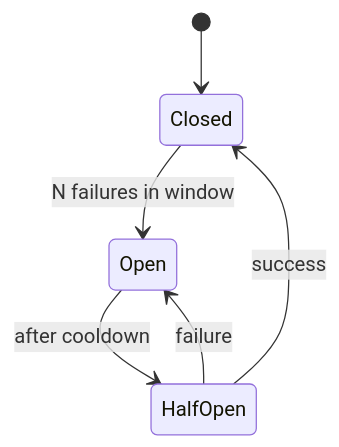
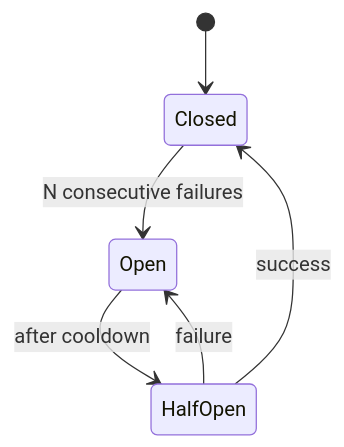
The third of 4 diagrams in docs/architecture/15-resilience.md (lookatitude/beluga-ai), drawn with Mermaid before and after one commit. The commit also changed other lines of this file and 109 other files, not shown here.

````diff
--- a/docs/architecture/15-resilience.md
+++ b/docs/architecture/15-resilience.md
@@ -78,8 +82,8 @@
 ```mermaid
 stateDiagram-v2
   [*] --> Closed
-  Closed --> Open: N failures in window
+  Closed --> Open: N consecutive failures
   Open --> HalfOpen: after cooldown
   HalfOpen --> Closed: success
   HalfOpen --> Open: failure
 ```
````
